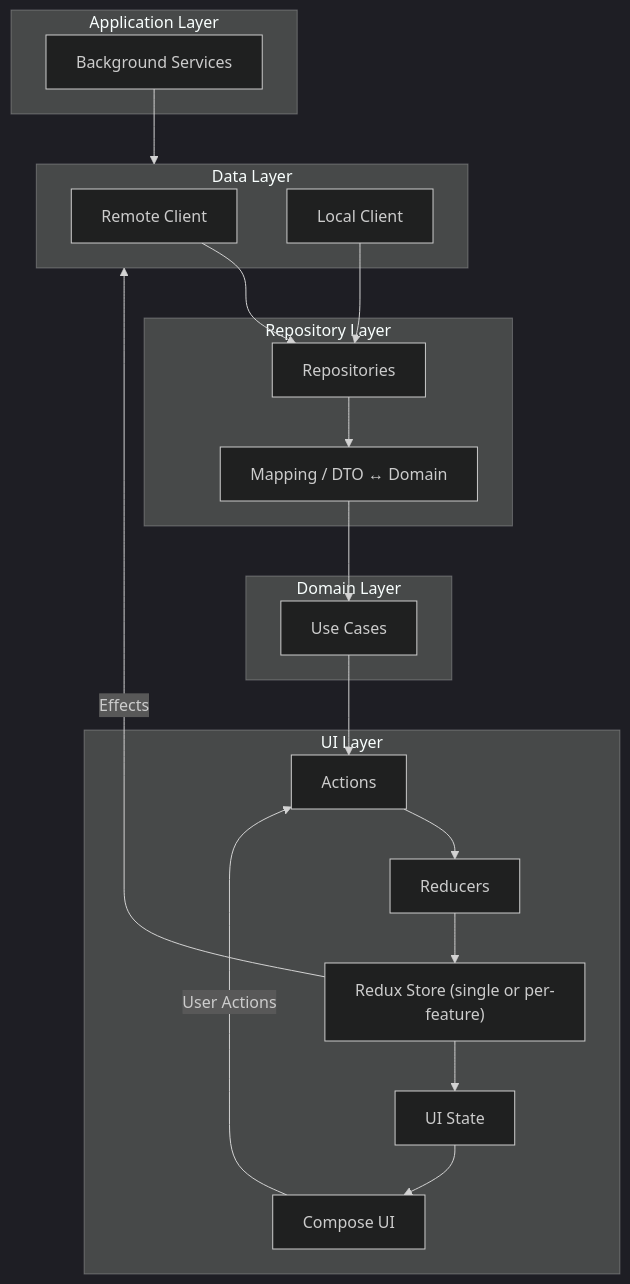
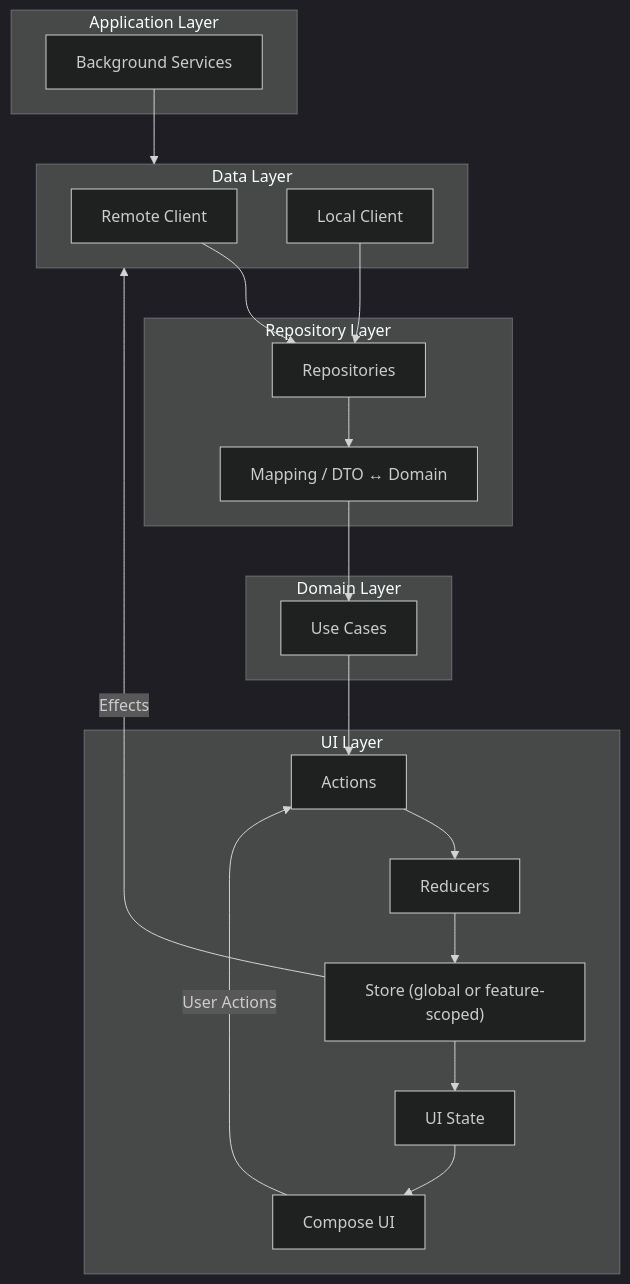
Before and after one commit to hackelia-micrantha/bluebell: the diagram in README.md, drawn with Mermaid (dark theme). The commit also changed other lines of this file and 1 other file, not shown here.

````diff
--- a/README.md
+++ b/README.md
@@ -41,44 +85,37 @@
 ```mermaid
 flowchart TD
-    %% Application Layer
     subgraph App["Application Layer"]
         Services["Background Services"]
     end
 
-    %% Data Layer
     subgraph Data["Data Layer"]
         Remote["Remote Client"]
         Local["Local Client"]
     end
 
-    %% Repository Layer
     subgraph Repo["Repository Layer"]
         RepoStore["Repositories"]
         Mapping["Mapping / DTO ↔ Domain"]
     end
 
-    %% Domain Layer
     subgraph Domain["Domain Layer"]
         UseCases["Use Cases"]
     end
 
-    %% UI Layer
     subgraph UI["UI Layer"]
         Actions["Actions"]
         Reducer["Reducers"]
-        Redux["Redux Store (single or per-feature)"]
+        Redux["Store (global or feature-scoped)"]
         UIState["UI State"]
         Compose["Compose UI"]
     end
 
-    %% Data flow (downward)
     Remote --> RepoStore
     Local --> RepoStore
     RepoStore --> Mapping --> UseCases --> Actions
     Actions --> Reducer --> Redux --> UIState --> Compose
 
-    %% Feedback loops
     Compose -->|User Actions| Actions
     Redux -->|Effects| Data
     Services --> Data
 ```
````
